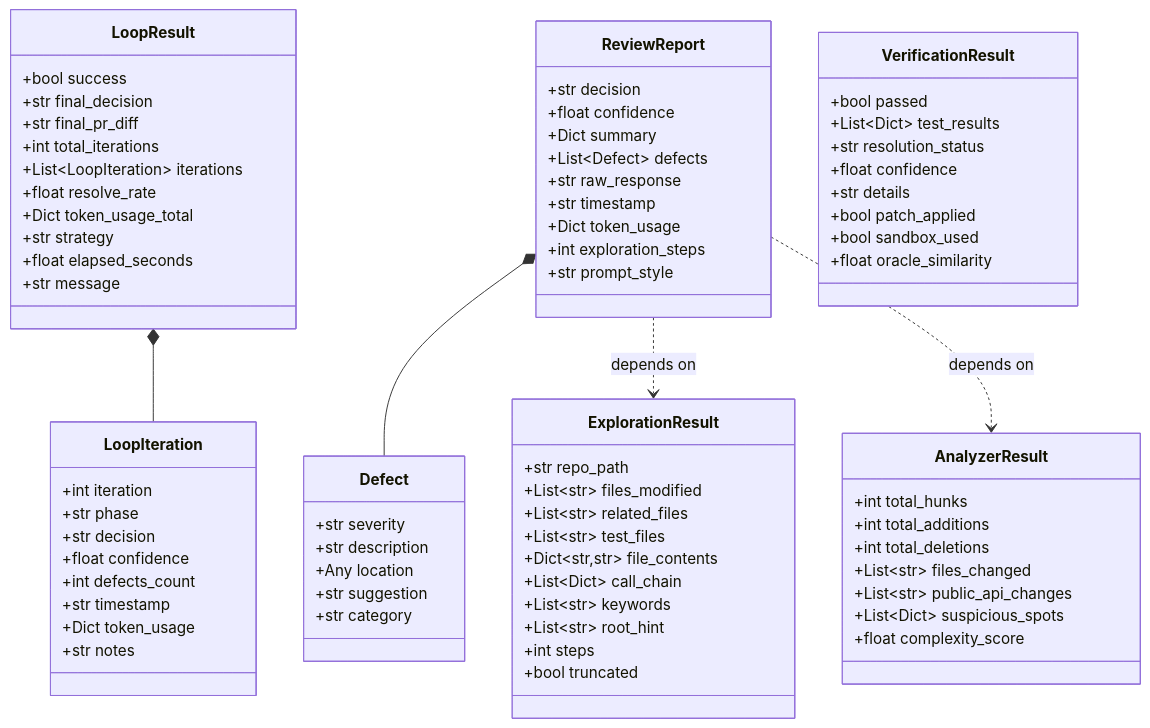
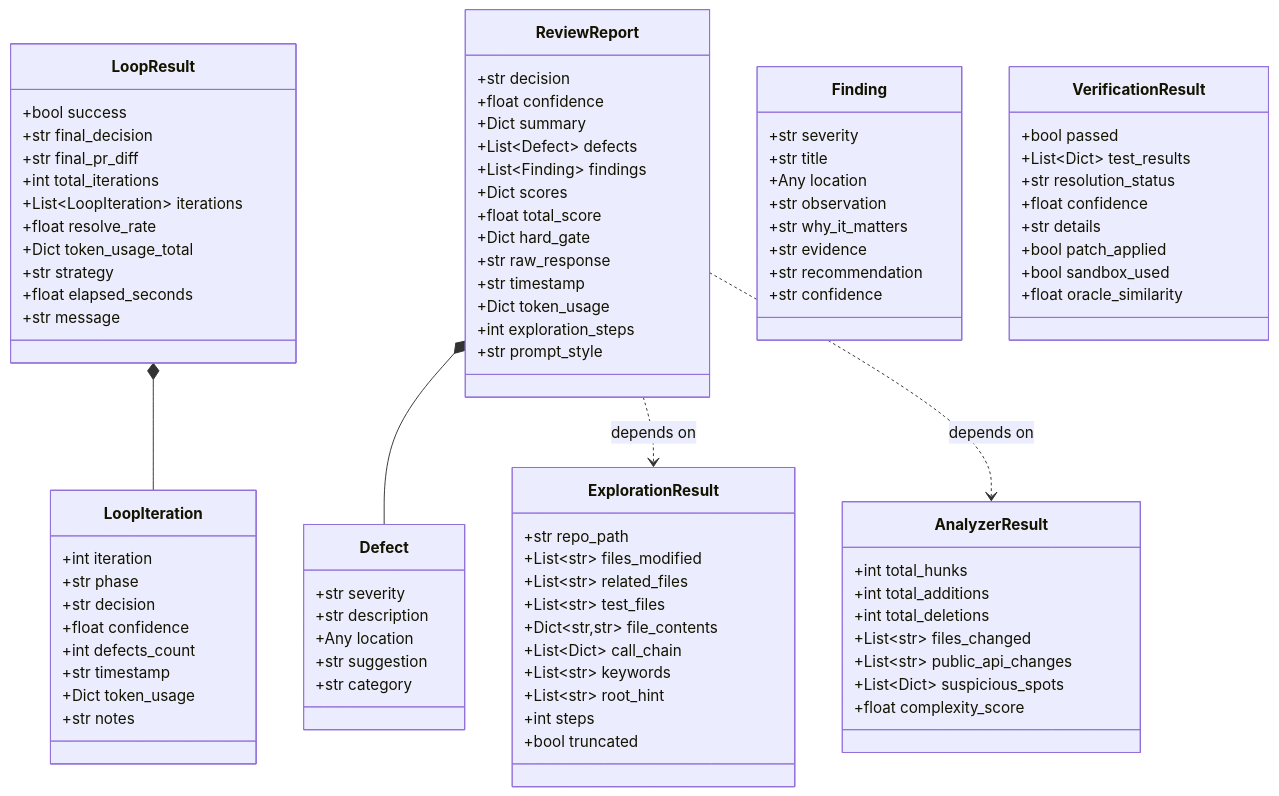
One commit to KevinZhangNothing/swe-review-plugin changed the eighth of 14 diagrams in README.md. Above: the diagram before and after it, drawn with Mermaid. The commit also changed other lines of this file and 8 other files, not shown here.

```diff
--- a/README.md
+++ b/README.md
@@ -277,11 +277,26 @@
         +float confidence
         +Dict summary
         +List~Defect~ defects
+        +List~Finding~ findings
+        +Dict scores
+        +float total_score
+        +Dict hard_gate
         +str raw_response
         +str timestamp
         +Dict token_usage
         +int exploration_steps
         +str prompt_style
+    }
+
+    class Finding {
+        +str severity
+        +str title
+        +Any location
+        +str observation
+        +str why_it_matters
+        +str evidence
+        +str recommendation
+        +str confidence
     }
 
     class Defect {
```
